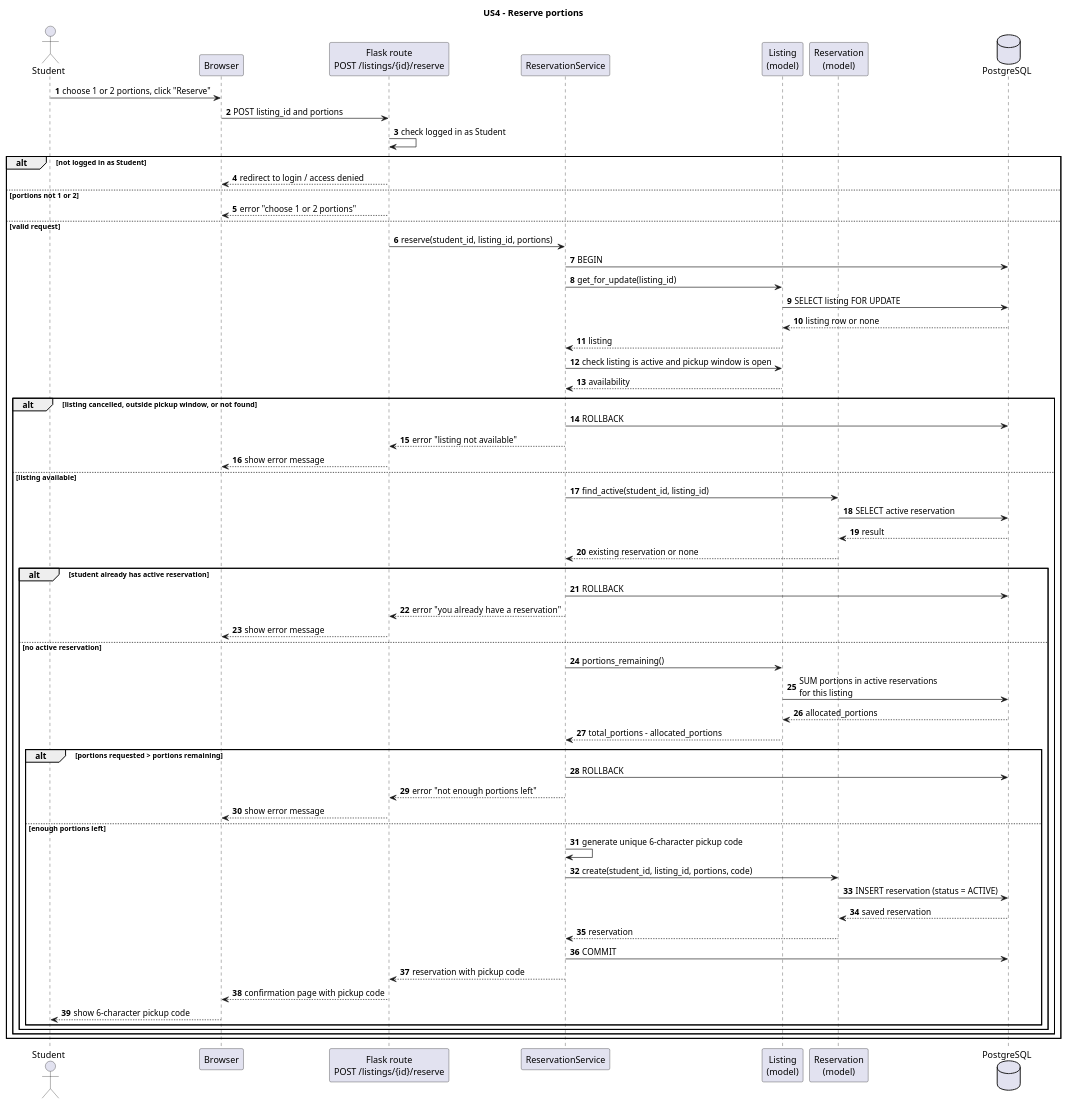
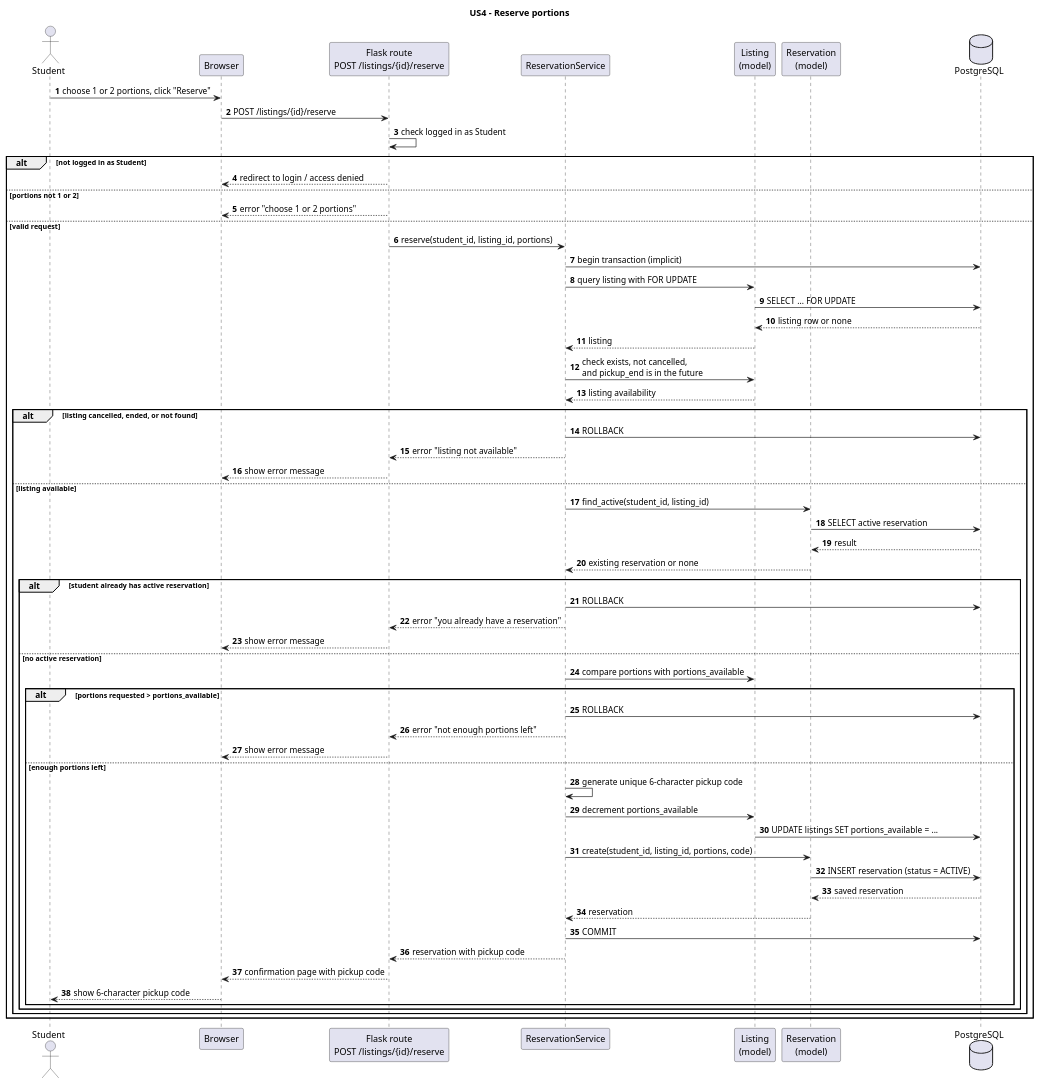
One commit to Barlos1233/Project-2 changed the diagram in uml/sequence-US#.wsd. Above: the diagram before and after it, drawn with PlantUML. The commit also changed 16 other files, not shown here.

```diff
--- a/uml/sequence-US#.wsd
+++ b/uml/sequence-US#.wsd
@@ -1,69 +1,68 @@
 @startuml US4
 title US4 - Reserve portions
 autonumber
 
 actor Student
 participant "Browser" as Browser
 participant "Flask route\nPOST /listings/{id}/reserve" as Route
 participant "ReservationService" as Service
 participant "Listing\n(model)" as Listing
 participant "Reservation\n(model)" as Reservation
 database "PostgreSQL" as DB
 
 Student -> Browser : choose 1 or 2 portions, click "Reserve"
-Browser -> Route : POST listing_id and portions
+Browser -> Route : POST /listings/{id}/reserve
 Route -> Route : check logged in as Student
 
 alt not logged in as Student
     Route --> Browser : redirect to login / access denied
 else portions not 1 or 2
     Route --> Browser : error "choose 1 or 2 portions"
 else valid request
     Route -> Service : reserve(student_id, listing_id, portions)
-    Service -> DB : BEGIN
-    Service -> Listing : get_for_update(listing_id)
-    Listing -> DB : SELECT listing FOR UPDATE
+    Service -> DB : begin transaction (implicit)
+    Service -> Listing : query listing with FOR UPDATE
+    Listing -> DB : SELECT ... FOR UPDATE
     DB --> Listing : listing row or none
     Listing --> Service : listing
-    Service -> Listing : check listing is active and pickup window is open
-    Listing --> Service : availability
+    Service -> Listing : check exists, not cancelled,\nand pickup_end is in the future
+    Listing --> Service : listing availability
 
-    alt listing cancelled, outside pickup window, or not found
+    alt listing cancelled, ended, or not found
         Service -> DB : ROLLBACK
         Service --> Route : error "listing not available"
         Route --> Browser : show error message
     else listing available
         Service -> Reservation : find_active(student_id, listing_id)
         Reservation -> DB : SELECT active reservation
         DB --> Reservation : result
         Reservation --> Service : existing reservation or none
 
         alt student already has active reservation
             Service -> DB : ROLLBACK
             Service --> Route : error "you already have a reservation"
             Route --> Browser : show error message
         else no active reservation
-            Service -> Listing : portions_remaining()
-            Listing -> DB : SUM portions in active reservations\nfor this listing
-            DB --> Listing : allocated_portions
-            Listing --> Service : total_portions - allocated_portions
+            Service -> Listing : compare portions with portions_available
 
-            alt portions requested > portions remaining
+            alt portions requested > portions_available
                 Service -> DB : ROLLBACK
                 Service --> Route : error "not enough portions left"
                 Route --> Browser : show error message
             else enough portions left
                 Service -> Service : generate unique 6-character pickup code
+                Service -> Listing : decrement portions_available
+                Listing -> DB : UPDATE listings SET portions_available = ...
                 Service -> Reservation : create(student_id, listing_id, portions, code)
                 Reservation -> DB : INSERT reservation (status = ACTIVE)
                 DB --> Reservation : saved reservation
                 Reservation --> Service : reservation
                 Service -> DB : COMMIT
                 Service --> Route : reservation with pickup code
                 Route --> Browser : confirmation page with pickup code
                 Browser --> Student : show 6-character pickup code
             end
         end
     end
 end
 @enduml
```
